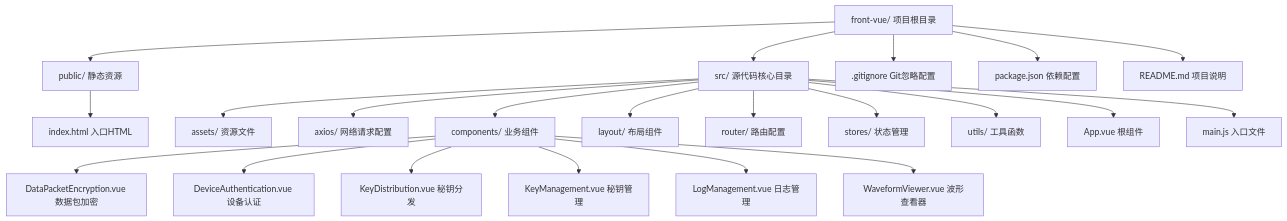
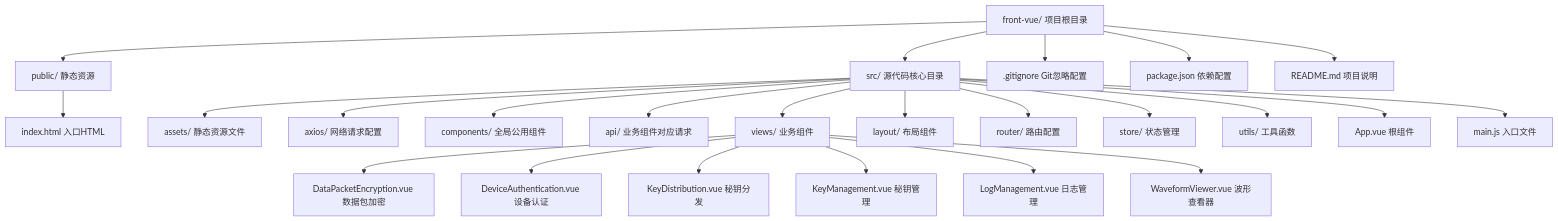
One commit to njingdan/front-vue changed the diagram in README.md. Above: the diagram before and after it, drawn with Mermaid. The commit also changed other lines of this file, not shown here.

````diff
--- a/README.md
+++ b/README.md
@@ -49,28 +49,30 @@
 ```mermaid
 graph TD
     root[front-vue/ 项目根目录]
     root --> public[public/ 静态资源]
     public --> indexhtml[index.html 入口HTML]
     
     root --> src[src/ 源代码核心目录]
-    src --> assets[assets/ 资源文件]
+    src --> assets[assets/ 静态资源文件]
     src --> axios[axios/ 网络请求配置]
-    src --> components[components/ 业务组件]
-    components --> c1[DataPacketEncryption.vue 数据包加密]
-    components --> c2[DeviceAuthentication.vue 设备认证]
-    components --> c3[KeyDistribution.vue 秘钥分发]
-    components --> c4[KeyManagement.vue 秘钥管理]
-    components --> c5[LogManagement.vue 日志管理]
-    components --> c6[WaveformViewer.vue 波形查看器]
+    src --> components[components/ 全局公用组件]
+    src --> api[api/ 业务组件对应请求]
+    src --> views[views/ 业务组件]
+    views --> c1[DataPacketEncryption.vue 数据包加密]
+    views --> c2[DeviceAuthentication.vue 设备认证]
+    views --> c3[KeyDistribution.vue 秘钥分发]
+    views --> c4[KeyManagement.vue 秘钥管理]
+    views --> c5[LogManagement.vue 日志管理]
+    views --> c6[WaveformViewer.vue 波形查看器]
     
     src --> layout[layout/ 布局组件]
     src --> router[router/ 路由配置]
-    src --> stores[stores/ 状态管理]
+    src --> store[store/ 状态管理]
     src --> utils[utils/ 工具函数]
     src --> app[App.vue 根组件]
     src --> main[main.js 入口文件]
     
     root --> gitignore[.gitignore Git忽略配置]
     root --> package[package.json 依赖配置]
     root --> readme[README.md 项目说明]
 ```
````
